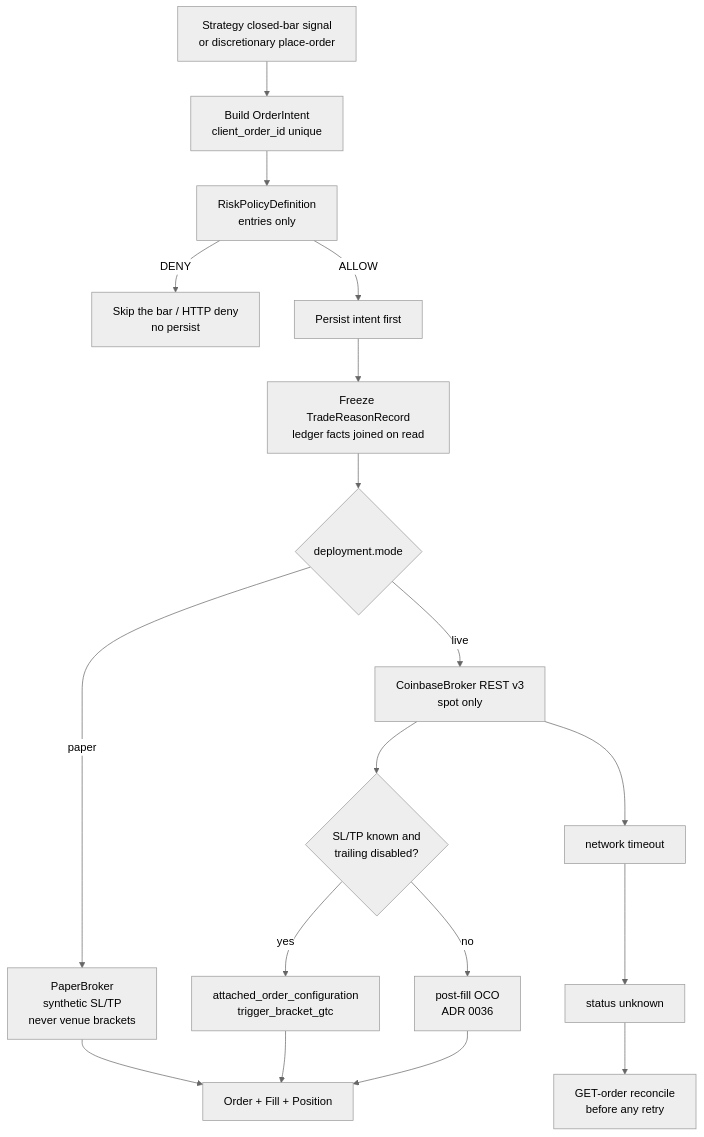
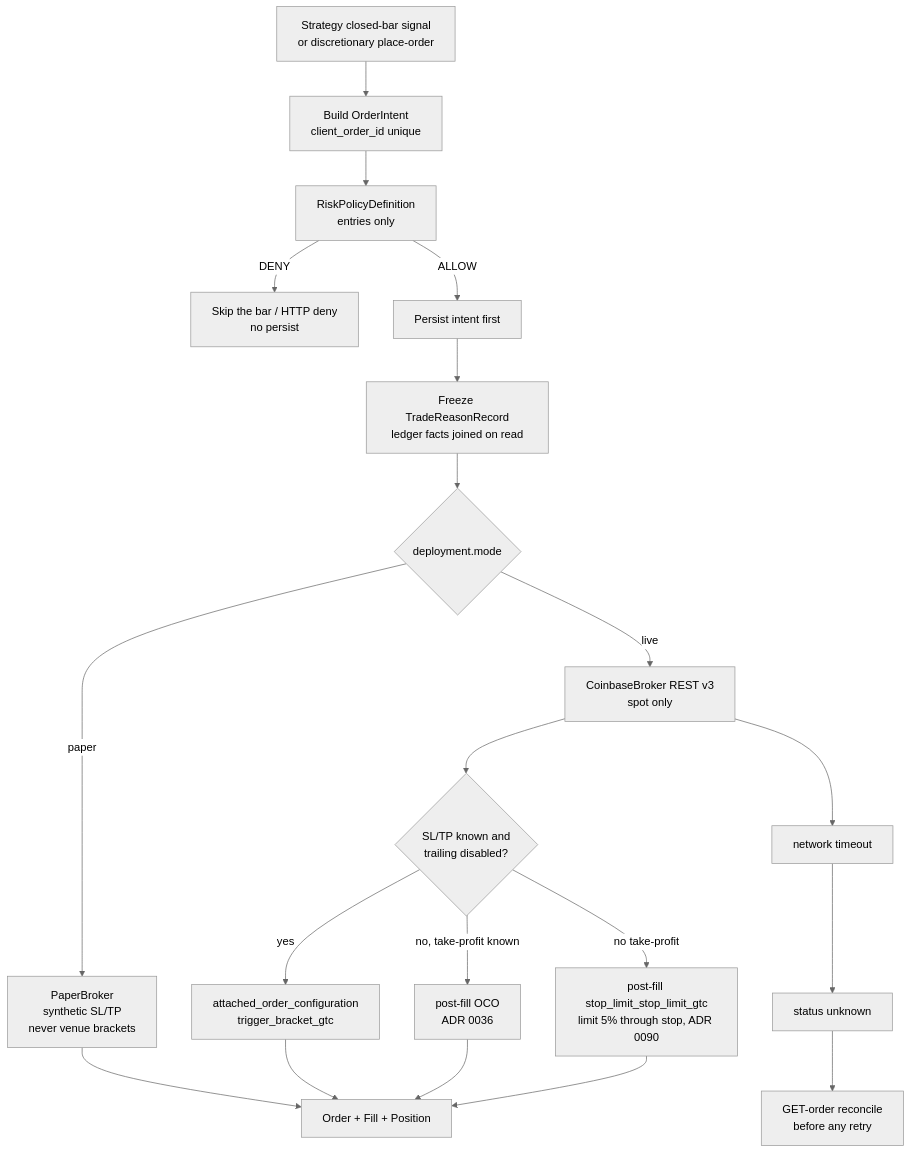
The first of 4 diagrams in docs/architecture/contracts/execution.md (Zoltesh/thytrader), drawn with Mermaid (neutral theme) before and after one commit. The commit also changed other lines of this file and 93 other files, not shown here.

````diff
--- a/docs/architecture/contracts/execution.md
+++ b/docs/architecture/contracts/execution.md
@@ -13,20 +13,22 @@
 ```mermaid
 flowchart TD
   Src["Strategy closed-bar signal\nor discretionary place-order"] --> IntentDraft["Build OrderIntent\nclient_order_id unique"]
   IntentDraft --> Risk["RiskPolicyDefinition\nentries only"]
   Risk -->|DENY| Skip["Skip the bar / HTTP deny\nno persist"]
   Risk -->|ALLOW| Persist["Persist intent first"]
   Persist --> Why["Freeze TradeReasonRecord\nledger facts joined on read"]
   Why --> Mode{"deployment.mode"}
   Mode -->|paper| Paper["PaperBroker\nsynthetic SL/TP\nnever venue brackets"]
   Mode -->|live| Live["CoinbaseBroker REST v3\nspot only"]
   Live --> Attach{"SL/TP known and\ntrailing disabled?"}
   Attach -->|yes| Attached["attached_order_configuration\ntrigger_bracket_gtc"]
-  Attach -->|no| PostFill["post-fill OCO\nADR 0036"]
+  Attach -->|no, take-profit known| PostFill["post-fill OCO\nADR 0036"]
+  Attach -->|no take-profit| StopOnly["post-fill stop_limit_stop_limit_gtc\nlimit 5% through stop, ADR 0090"]
+  StopOnly --> Order
   Paper --> Order["Order + Fill + Position"]
   Attached --> Order
   PostFill --> Order
   Live --> Timeout["network timeout"]
   Timeout --> Unknown["status unknown"]
   Unknown --> Reconcile["GET-order reconcile\nbefore any retry"]
 ```
````
